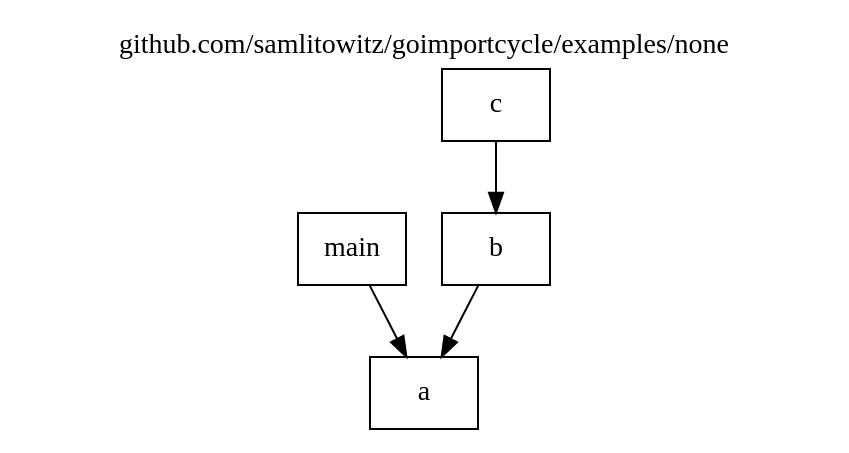
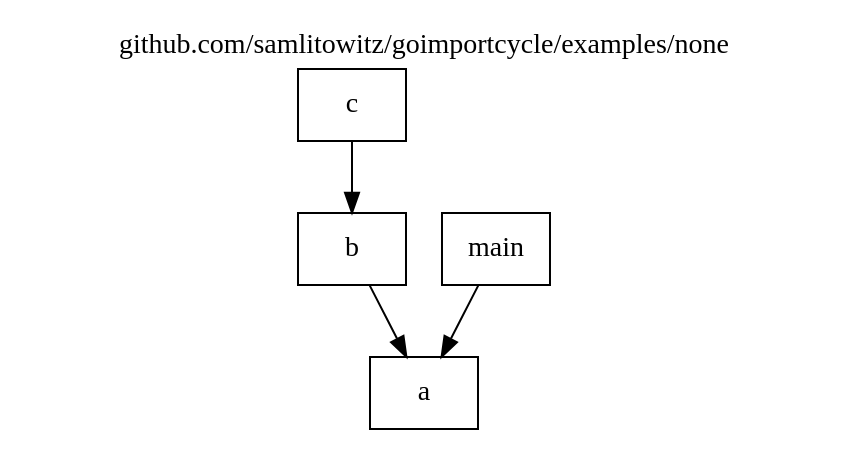
One commit to samlitowitz/goimportcycle changed the diagram in assets/examples/none/package.dot. Above: the diagram before and after it, drawn with Graphviz. The commit also changed other lines of this file and 13 other files, not shown here.

```diff
--- a/assets/examples/none/package.dot
+++ b/assets/examples/none/package.dot
@@ -1,15 +1,15 @@
 
 digraph {
 	labelloc="t";
 	label="github.com/samlitowitz/goimportcycle/examples/none";
 	rankdir="TB";
 	node [shape="rect"];
 
+	pkg_c [label="c", style="filled", fontcolor="#000000", fillcolor="#ffffff"];
 	pkg_main [label="main", style="filled", fontcolor="#000000", fillcolor="#ffffff"];
 	pkg_a [label="a", style="filled", fontcolor="#000000", fillcolor="#ffffff"];
 	pkg_b [label="b", style="filled", fontcolor="#000000", fillcolor="#ffffff"];
-	pkg_c [label="c", style="filled", fontcolor="#000000", fillcolor="#ffffff"];
+	pkg_c -> pkg_b [color="#000000"];
 	pkg_main -> pkg_a [color="#000000"];
 	pkg_b -> pkg_a [color="#000000"];
-	pkg_c -> pkg_b [color="#000000"];
 }
```
